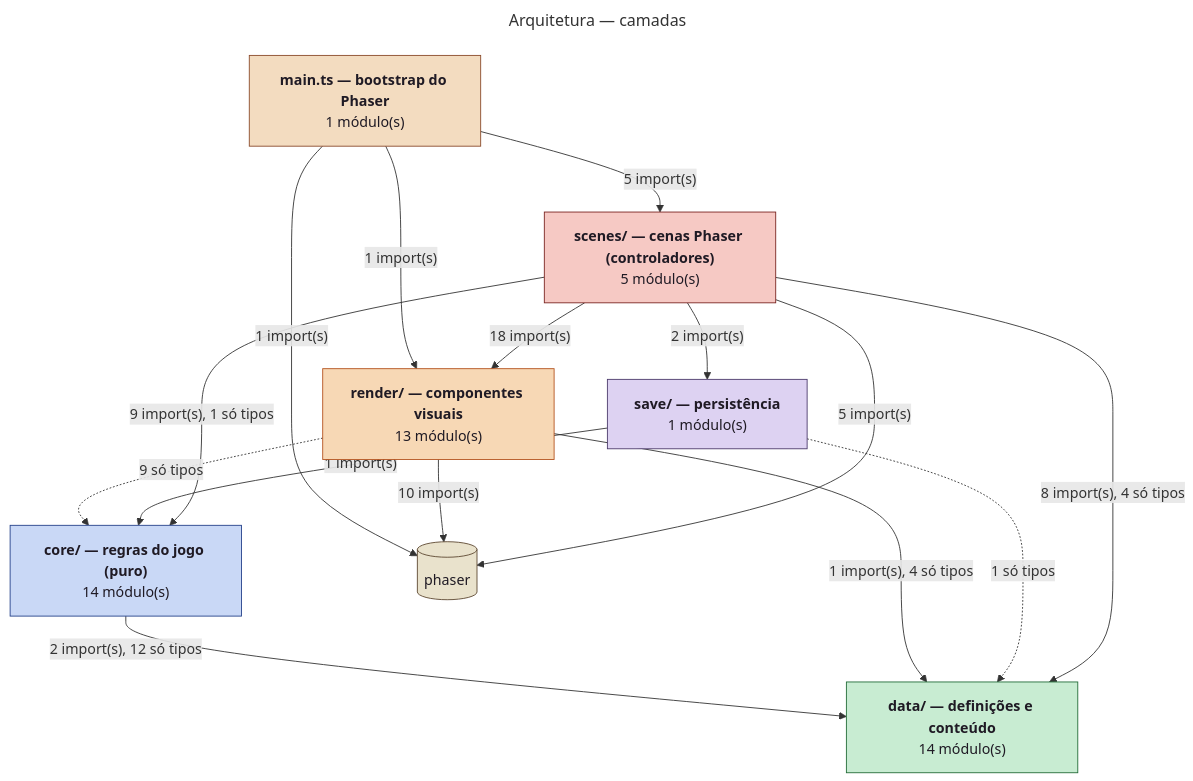
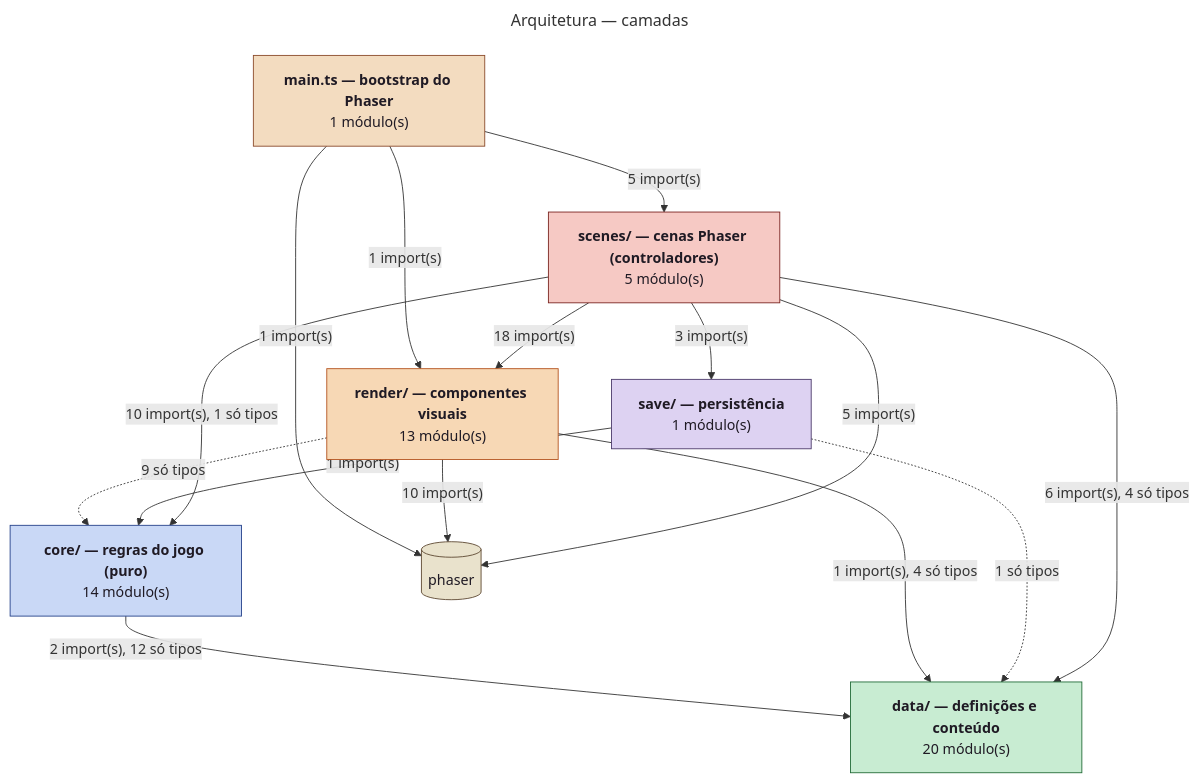
Before and after one commit to Pitossomos/fire-crest: the first of 2 diagrams in docs/diagrams/architecture.md, drawn with Mermaid. The commit also changed other lines of this file and 28 other files, not shown here.

````diff
--- a/docs/diagrams/architecture.md
+++ b/docs/diagrams/architecture.md
@@ -11,34 +11,34 @@
 ```mermaid
 ---
 title: Arquitetura — camadas
 ---
 flowchart TB
   app["<b>main.ts — bootstrap do Phaser</b><br/>1 módulo(s)"]:::layer_app
   scenes["<b>scenes/ — cenas Phaser (controladores)</b><br/>5 módulo(s)"]:::layer_scenes
   render["<b>render/ — componentes visuais</b><br/>13 módulo(s)"]:::layer_render
   core["<b>core/ — regras do jogo (puro)</b><br/>14 módulo(s)"]:::layer_core
-  data["<b>data/ — definições e conteúdo</b><br/>14 módulo(s)"]:::layer_data
+  data["<b>data/ — definições e conteúdo</b><br/>20 módulo(s)"]:::layer_data
   save["<b>save/ — persistência</b><br/>1 módulo(s)"]:::layer_save
   ext_phaser[("phaser")]:::external
   app -->|"1 import(s)"| ext_phaser
   app -->|"1 import(s)"| render
   app -->|"5 import(s)"| scenes
   core -->|"2 import(s), 12 só tipos"| data
   render -.->|"9 só tipos"| core
   render -->|"1 import(s), 4 só tipos"| data
   render -->|"10 import(s)"| ext_phaser
   save -->|"1 import(s)"| core
   save -.->|"1 só tipos"| data
-  scenes -->|"9 import(s), 1 só tipos"| core
-  scenes -->|"8 import(s), 4 só tipos"| data
+  scenes -->|"10 import(s), 1 só tipos"| core
+  scenes -->|"6 import(s), 4 só tipos"| data
   scenes -->|"5 import(s)"| ext_phaser
   scenes -->|"18 import(s)"| render
-  scenes -->|"2 import(s)"| save
+  scenes -->|"3 import(s)"| save
   classDef external fill:#e9e2cc,stroke:#5c4630,color:#1f1a24
   classDef layer_app fill:#f3dcc0,stroke:#8a4a2a,color:#1f1a24
   classDef layer_scenes fill:#f6c9c4,stroke:#7a2420,color:#1f1a24
   classDef layer_render fill:#f7d8b5,stroke:#b4531f,color:#1f1a24
   classDef layer_core fill:#c9d8f6,stroke:#24418a,color:#1f1a24
   classDef layer_data fill:#c8ecd2,stroke:#226b37,color:#1f1a24
   classDef layer_save fill:#ddd2f2,stroke:#4b3a6b,color:#1f1a24
 ```
````
